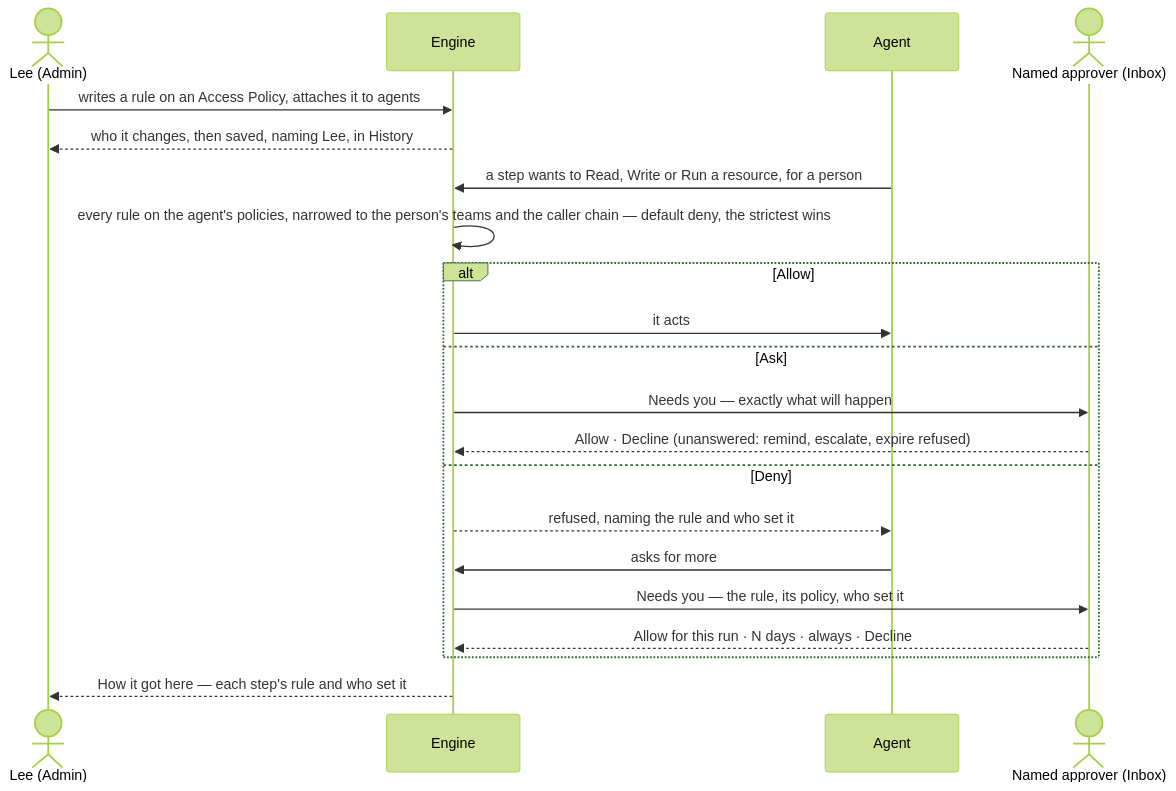
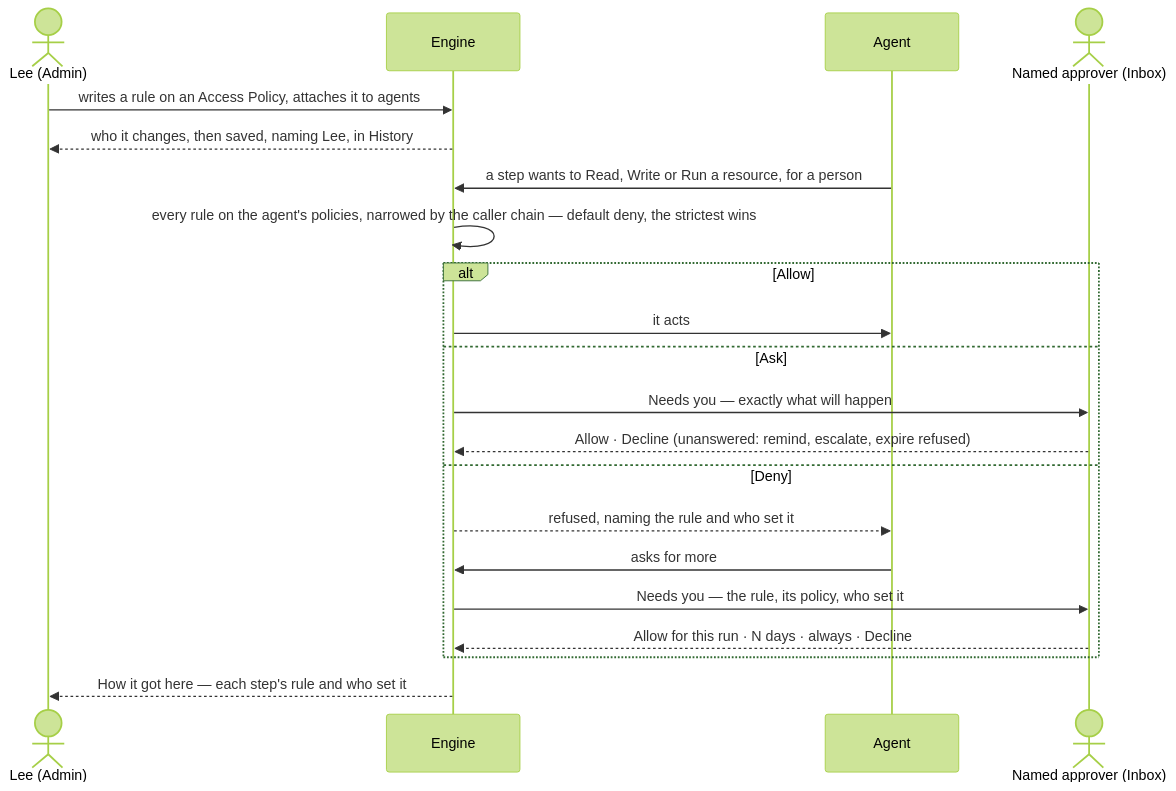
The second of 2 diagrams in specs/journeys/J06-set-what-an-agent-may-touch.md (invana/invana), drawn with Mermaid (forest theme) before and after one commit. The commit also changed other lines of this file and 300 other files, not shown here.

````diff
--- a/specs/journeys/J06-set-what-an-agent-may-touch.md
+++ b/specs/journeys/J06-set-what-an-agent-may-touch.md
@@ -42,23 +42,23 @@
 ```mermaid
 sequenceDiagram
   actor L as Lee (Admin)
   participant E as Engine
   participant A as Agent
   actor D as Named approver (Inbox)
   L->>E: writes a rule on an Access Policy, attaches it to agents
   E-->>L: who it changes, then saved, naming Lee, in History
   A->>E: a step wants to Read, Write or Run a resource, for a person
-  E->>E: every rule on the agent's policies, narrowed to the person's teams and the caller chain — default deny, the strictest wins
+  E->>E: every rule on the agent's policies, narrowed by the caller chain — default deny, the strictest wins
   alt Allow
     E->>A: it acts
   else Ask
     E->>D: Needs you — exactly what will happen
     D-->>E: Allow · Decline (unanswered: remind, escalate, expire refused)
   else Deny
     E-->>A: refused, naming the rule and who set it
     A->>E: asks for more
     E->>D: Needs you — the rule, its policy, who set it
     D-->>E: Allow for this run · N days · always · Decline
   end
   E-->>L: How it got here — each step's rule and who set it
 ```
````
